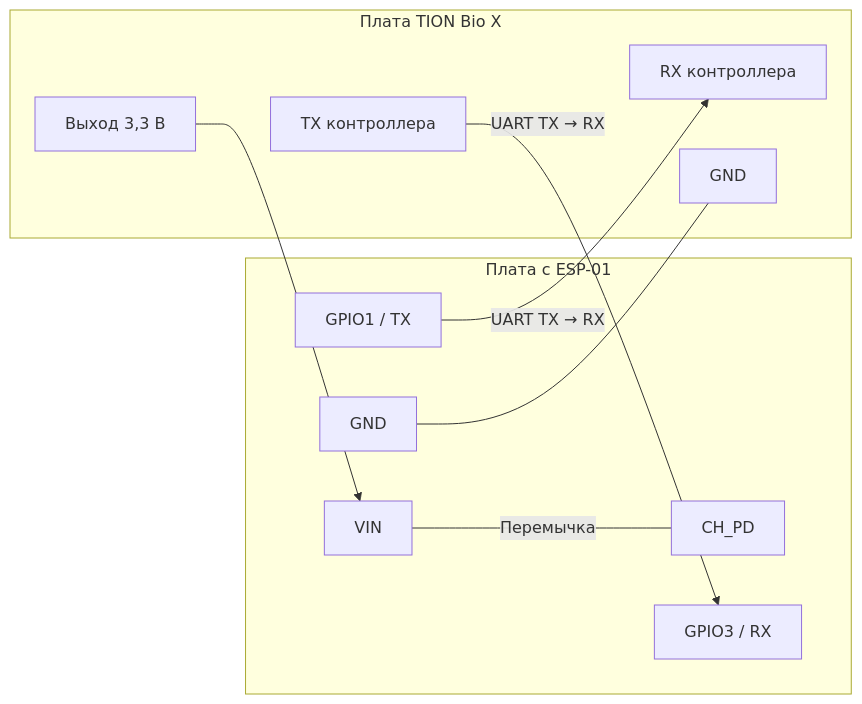
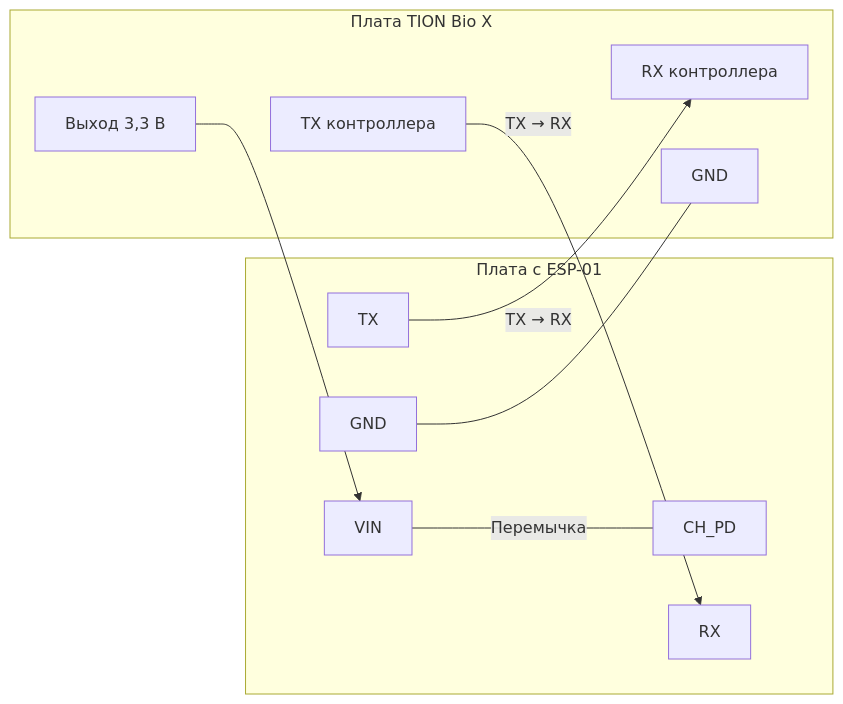
The diagram in docs/hardware.md (infernal2210/TION-BIO-X-ESP), drawn with Mermaid before and after one commit. The commit also changed other lines of this file, not shown here.

Commit message:
Simplify ESP-01 UART labels

````diff
--- a/docs/hardware.md
+++ b/docs/hardware.md
@@ -9,23 +9,23 @@
 ```mermaid
 flowchart LR
     subgraph ESP["Плата с ESP-01"]
         VIN["VIN"]
         CH["CH_PD"]
-        ET["GPIO1 / TX"]
-        ER["GPIO3 / RX"]
+        ET["TX"]
+        ER["RX"]
         EG["GND"]
     end
 
     subgraph TION["Плата TION Bio X"]
         P33["Выход 3,3 В"]
         TR["RX контроллера"]
         TT["TX контроллера"]
         TG["GND"]
     end
 
     P33 --> VIN
     VIN ---|"Перемычка"| CH
-    ET -->|"UART TX → RX"| TR
-    TT -->|"UART TX → RX"| ER
+    ET -->|"TX → RX"| TR
+    TT -->|"TX → RX"| ER
     EG --- TG
 ```
````
